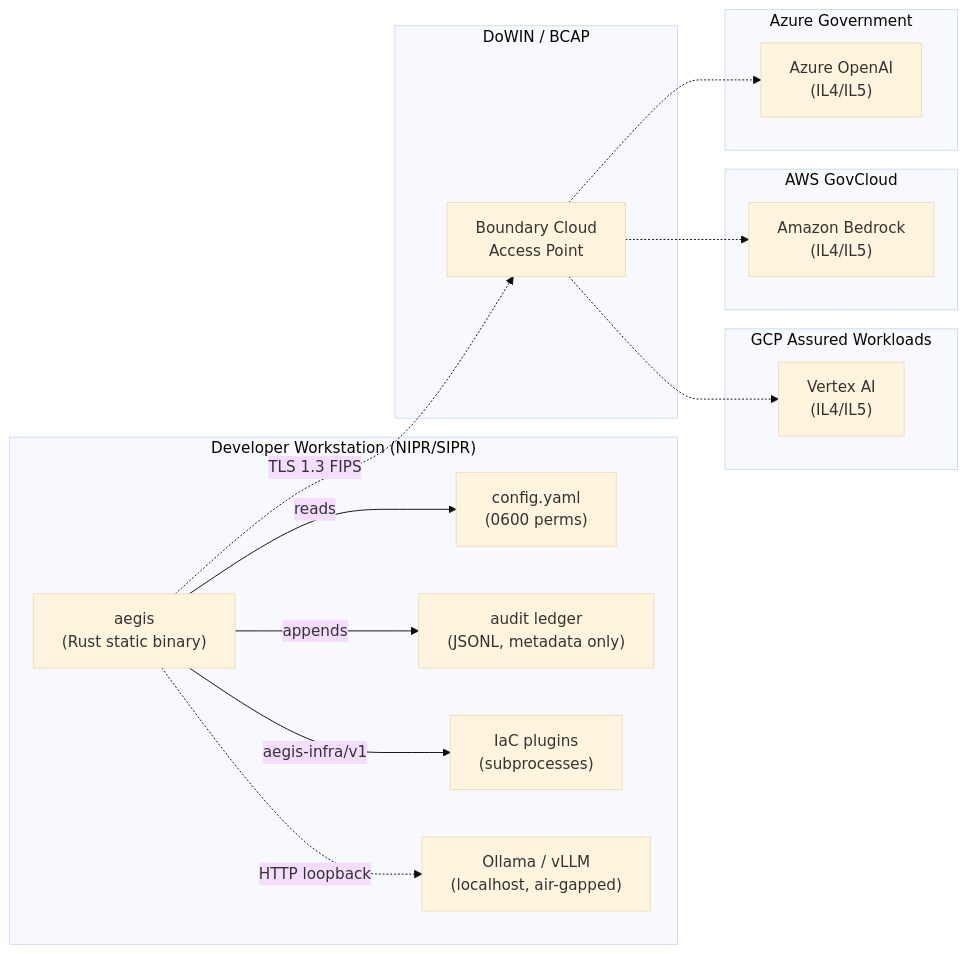
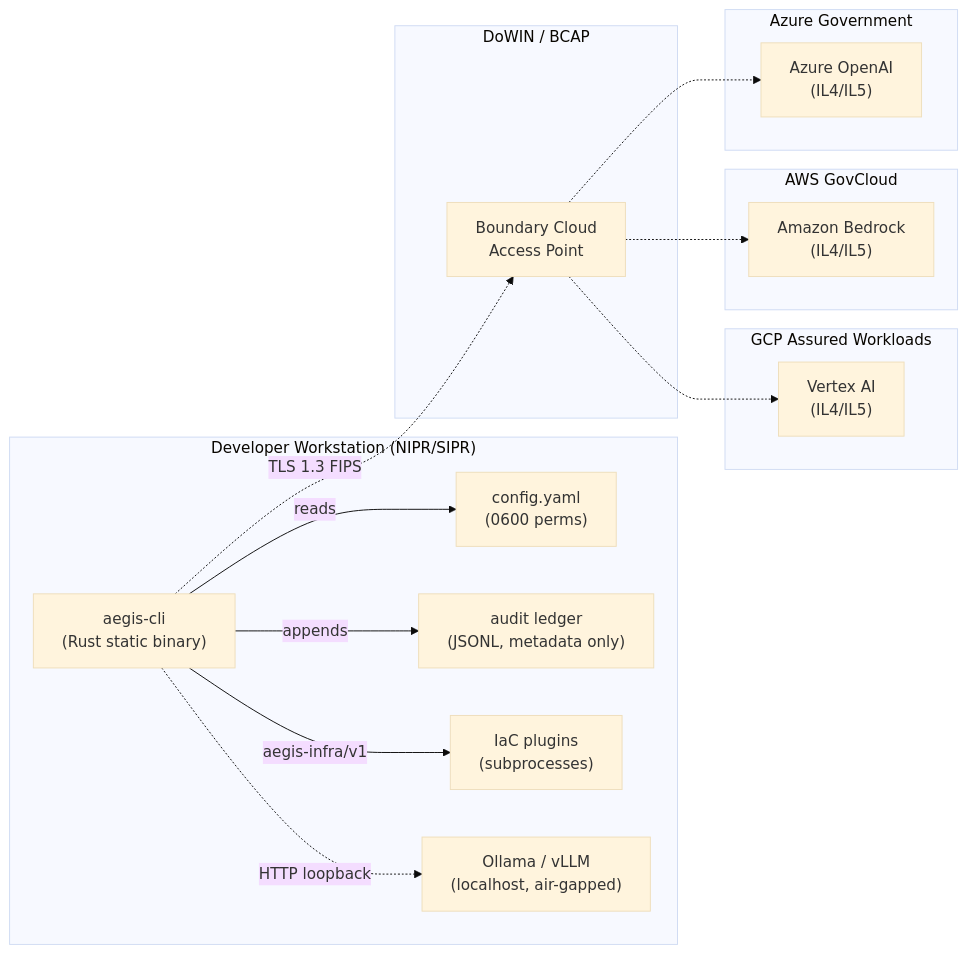
Before and after one commit to rtmx-ai/aegis-cli: the first of 5 diagrams in README.md, drawn with Mermaid (base theme). The commit also changed other lines of this file, not shown here.

Commit message:
fix: rename aegis to aegis-cli in diagrams for consistency with repo name

````diff
--- a/README.md
+++ b/README.md
@@ -31,36 +31,36 @@
 ```mermaid
 flowchart LR
     subgraph workstation [" Developer Workstation (NIPR/SIPR) "]
-        aegis["aegis\n(Rust static binary)"]
+        aegis["aegis-cli\n(Rust static binary)"]
         config["config.yaml\n(0600 perms)"]
         ledger["audit ledger\n(JSONL, metadata only)"]
         plugins["IaC plugins\n(subprocesses)"]
         ollama["Ollama / vLLM\n(localhost, air-gapped)"]
 
         aegis -- reads --> config
         aegis -- appends --> ledger
         aegis -- "aegis-infra/v1" --> plugins
         aegis -. "HTTP loopback" .-> ollama
     end
 
     subgraph dowin [" DoWIN / BCAP "]
         bcap["Boundary Cloud\nAccess Point"]
     end
 
     subgraph gcp [" GCP Assured Workloads "]
         vertex["Vertex AI\n(IL4/IL5)"]
     end
 
     subgraph aws [" AWS GovCloud "]
         bedrock["Amazon Bedrock\n(IL4/IL5)"]
     end
 
     subgraph azgov [" Azure Government "]
         azoai["Azure OpenAI\n(IL4/IL5)"]
     end
 
     aegis -. "TLS 1.3 FIPS" .-> bcap
     bcap .-> vertex
     bcap .-> bedrock
     bcap .-> azoai
 ```
````
